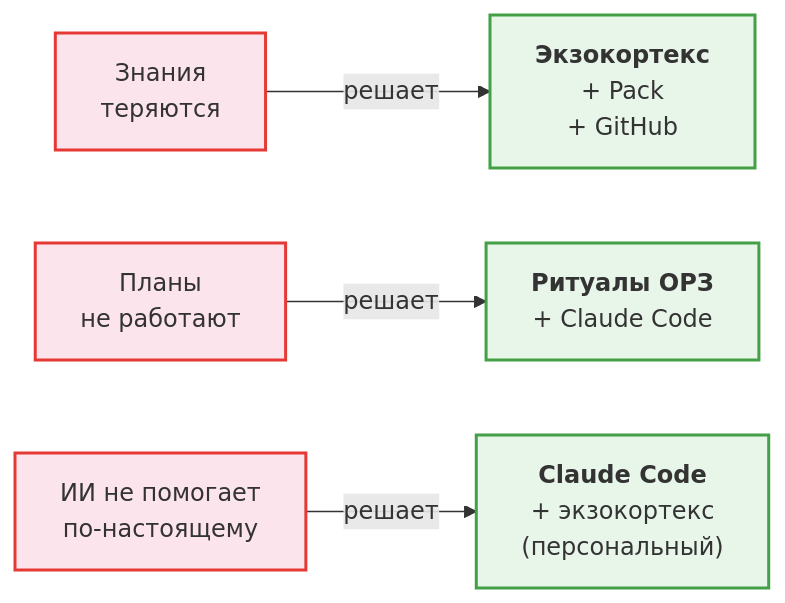
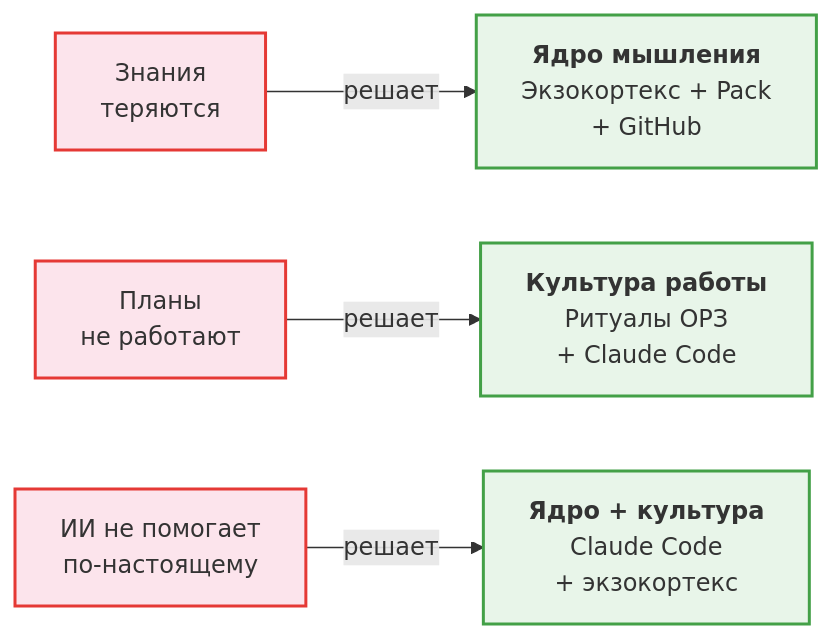
Before and after one commit to klimentjev/FMT-exocortex-template: the eighth of 8 diagrams in docs/onboarding/onboarding-diagrams.md, drawn with Mermaid. The commit also changed other lines of this file and 31 other files, not shown here.

````diff
--- a/docs/onboarding/onboarding-diagrams.md
+++ b/docs/onboarding/onboarding-diagrams.md
@@ -195,21 +239,21 @@
 ```mermaid
 graph LR
     P1["Знания<br/>теряются"]
     P2["Планы<br/>не работают"]
     P3["ИИ не помогает<br/>по-настоящему"]
 
-    S1["<b>Экзокортекс</b><br/>+ Pack<br/>+ GitHub"]
-    S2["<b>Ритуалы ОРЗ</b><br/>+ Claude Code"]
-    S3["<b>Claude Code</b><br/>+ экзокортекс<br/>(персональный)"]
+    S1["<b>Ядро мышления</b><br/>Экзокортекс + Pack<br/>+ GitHub"]
+    S2["<b>Культура работы</b><br/>Ритуалы ОРЗ<br/>+ Claude Code"]
+    S3["<b>Ядро + культура</b><br/>Claude Code<br/>+ экзокортекс"]
 
     P1 -->|"решает"| S1
     P2 -->|"решает"| S2
     P3 -->|"решает"| S3
 
     style P1 fill:#fce4ec,stroke:#e53935,stroke-width:2px
     style P2 fill:#fce4ec,stroke:#e53935,stroke-width:2px
     style P3 fill:#fce4ec,stroke:#e53935,stroke-width:2px
     style S1 fill:#e8f5e9,stroke:#43a047,stroke-width:2px
     style S2 fill:#e8f5e9,stroke:#43a047,stroke-width:2px
     style S3 fill:#e8f5e9,stroke:#43a047,stroke-width:2px
 ```
````
